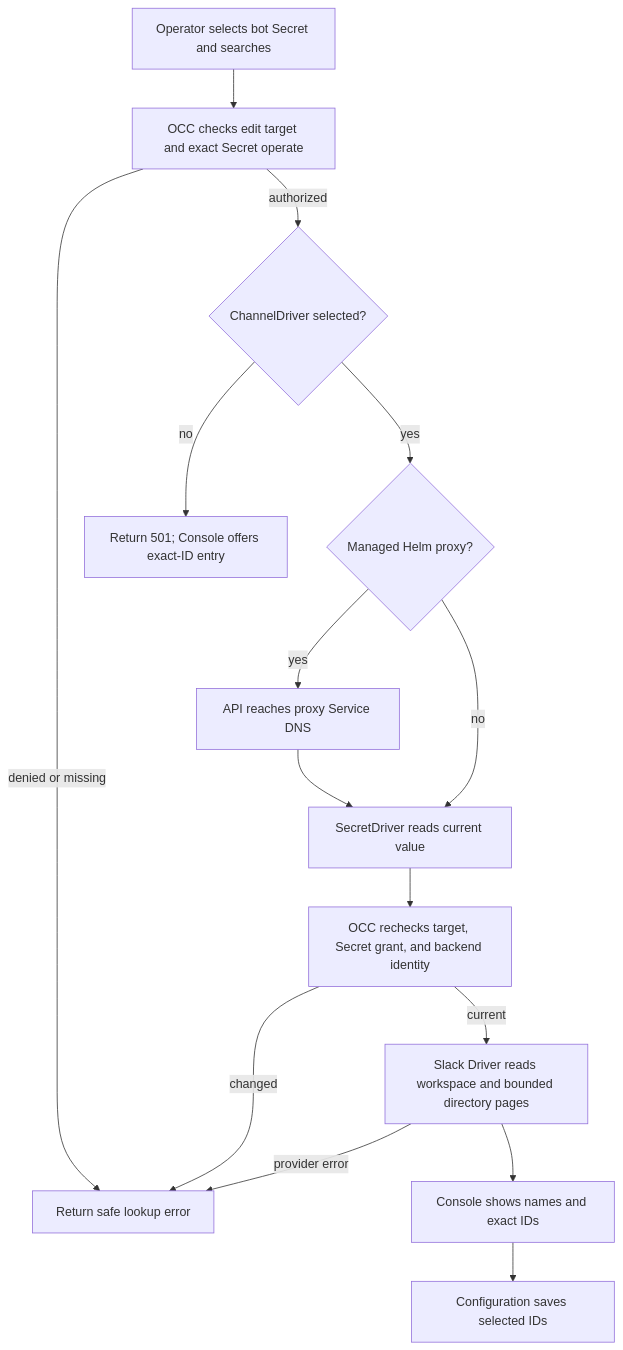
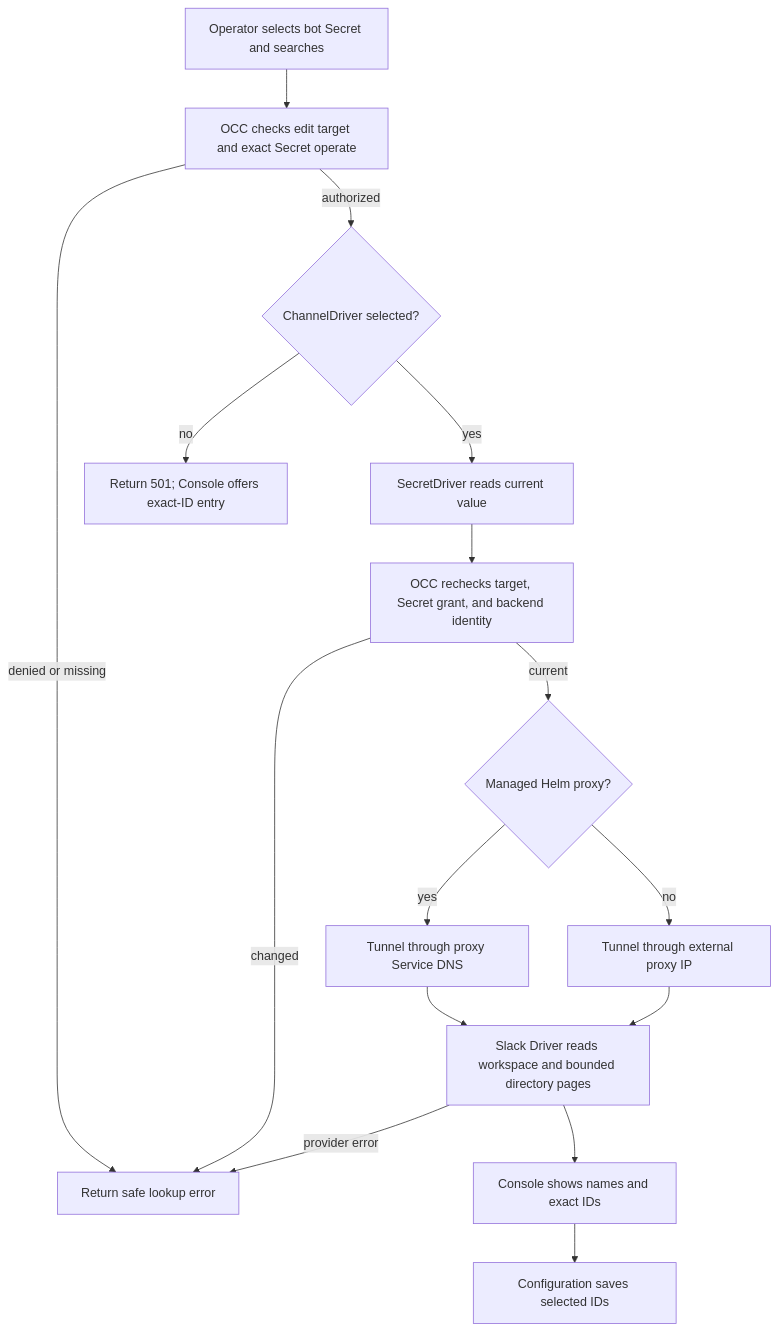
Before and after one commit to IsaiahStapleton/openclaw-enterprise: the diagram in docs/flows/agent-channel-directory.md, drawn with Mermaid. The commit also changed other lines of this file and 5 other files, not shown here.

````diff
--- a/docs/flows/agent-channel-directory.md
+++ b/docs/flows/agent-channel-directory.md
@@ -30,17 +30,18 @@
 ```mermaid
 graph TD
   A["Operator selects bot Secret and searches"] --> B["OCC checks edit target and exact Secret operate"]
   B -->|denied or missing| X["Return safe lookup error"]
   B -->|authorized| P{"ChannelDriver selected?"}
   P -->|no| U["Return 501; Console offers exact-ID entry"]
-  P -->|yes| M{"Managed Helm proxy?"}
-  M -->|yes| H["API reaches proxy Service DNS"]
-  M -->|no| C["API reaches external proxy IP"]
-  H --> C["SecretDriver reads current value"]
+  P -->|yes| C["SecretDriver reads current value"]
   C --> D["OCC rechecks target, Secret grant, and backend identity"]
   D -->|changed| X
-  D -->|current| E["Slack Driver reads workspace and bounded directory pages"]
+  D -->|current| M{"Managed Helm proxy?"}
+  M -->|yes| H["Tunnel through proxy Service DNS"]
+  M -->|no| I["Tunnel through external proxy IP"]
+  H --> E["Slack Driver reads workspace and bounded directory pages"]
+  I --> E
   E -->|provider error| X
   E --> F["Console shows names and exact IDs"]
   F --> G["Configuration saves selected IDs"]
 ```
````
